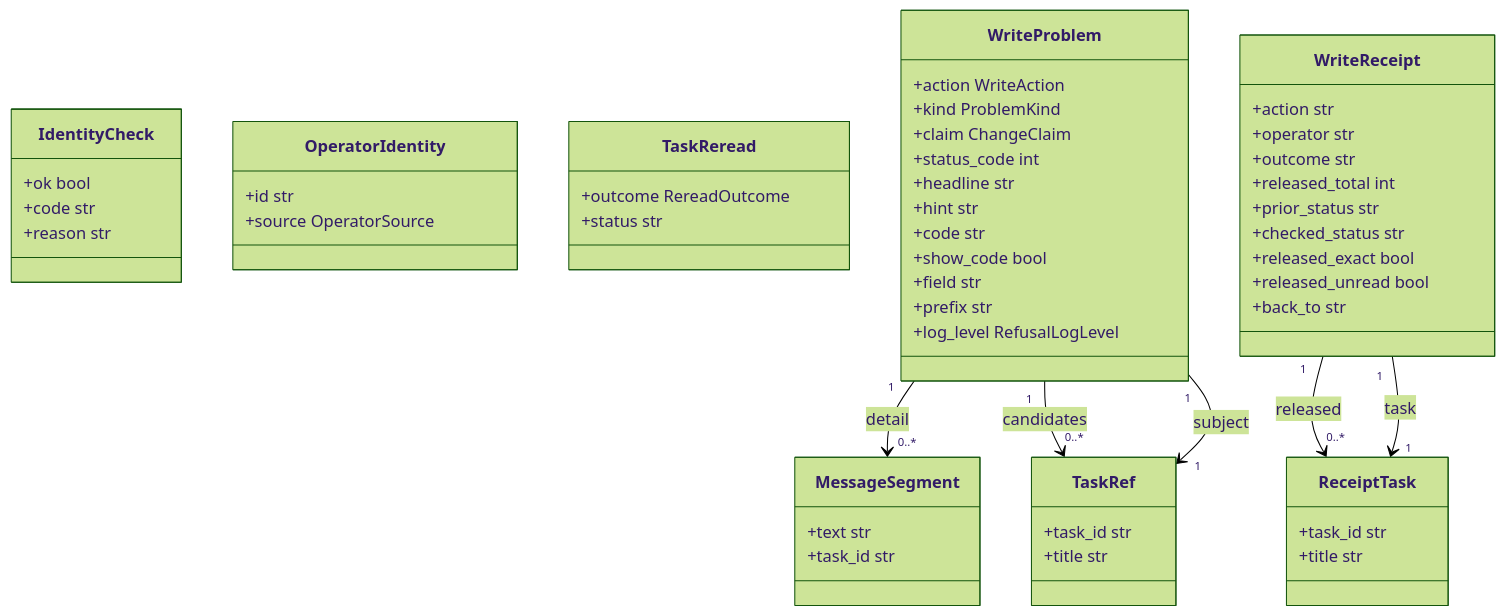
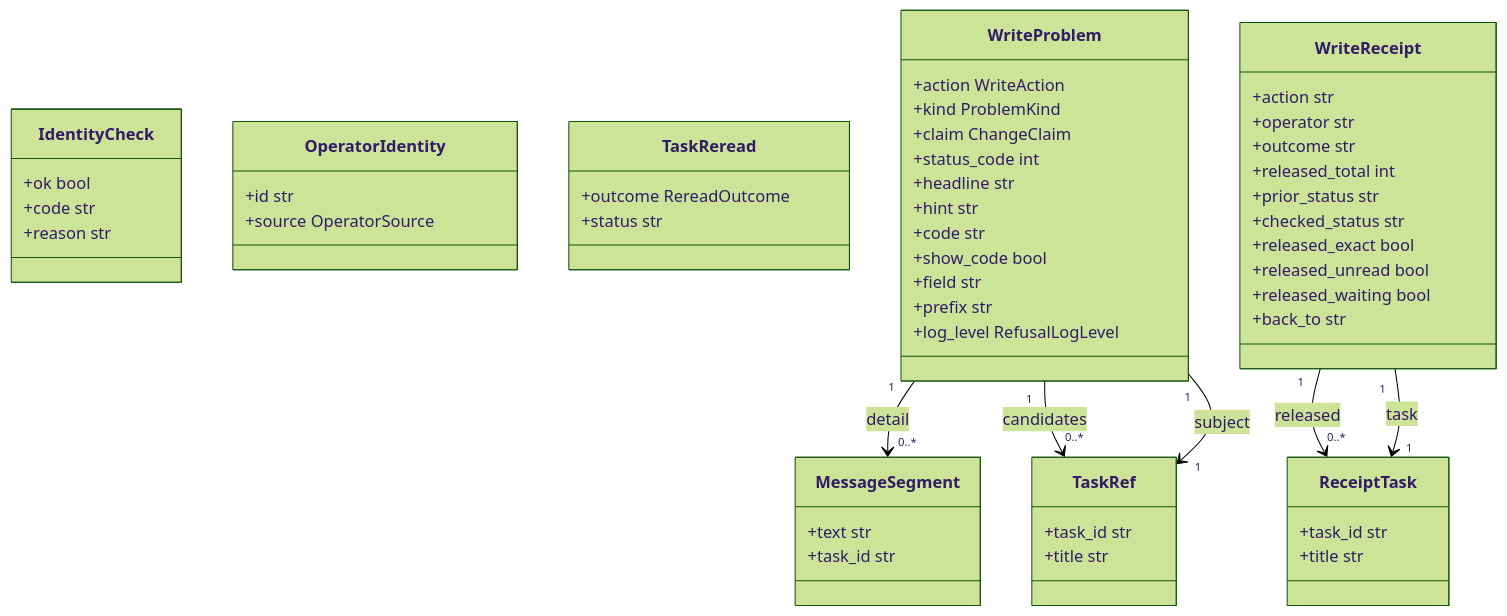
The eighth of 8 diagrams in docs/generated/domain_model.md (agent-lore/lithos-lens), drawn with Mermaid (forest theme) before and after one commit. The commit also changed 8 other files, not shown here.

````diff
--- a/docs/generated/domain_model.md
+++ b/docs/generated/domain_model.md
@@ -736,57 +736,58 @@
 ```mermaid
 classDiagram
   class IdentityCheck {
     +ok bool
     +code str
     +reason str
   }
   class MessageSegment {
     +text str
     +task_id str
   }
   class OperatorIdentity {
     +id str
     +source OperatorSource
   }
   class ReceiptTask {
     +task_id str
     +title str
   }
   class TaskRef {
     +task_id str
     +title str
   }
   class TaskReread {
     +outcome RereadOutcome
     +status str
   }
   class WriteProblem {
     +action WriteAction
     +kind ProblemKind
     +claim ChangeClaim
     +status_code int
     +headline str
     +hint str
     +code str
     +show_code bool
     +field str
     +prefix str
     +log_level RefusalLogLevel
   }
   class WriteReceipt {
     +action str
     +operator str
     +outcome str
     +released_total int
     +prior_status str
     +checked_status str
     +released_exact bool
     +released_unread bool
+    +released_waiting bool
     +back_to str
   }
   WriteProblem "1" --> "0..*" MessageSegment : detail
   WriteProblem "1" --> "0..*" TaskRef : candidates
   WriteProblem "1" --> "1" TaskRef : subject
   WriteReceipt "1" --> "0..*" ReceiptTask : released
   WriteReceipt "1" --> "1" ReceiptTask : task
 ```
````
